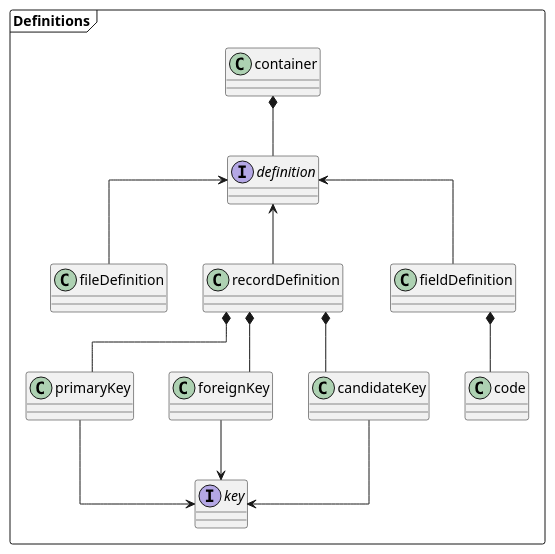
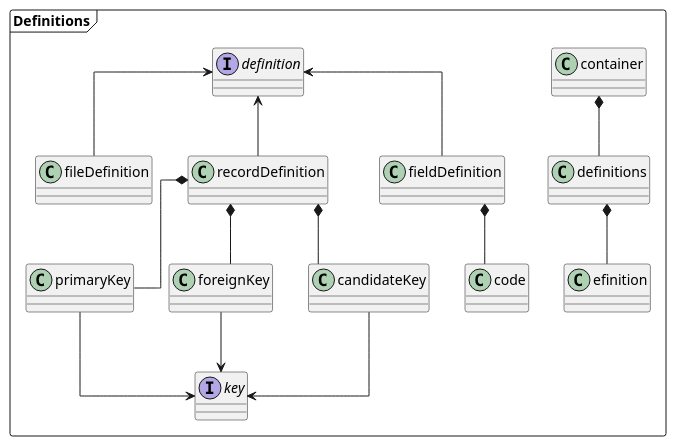
One commit to joergen-vs/73027c42-c2cd-4c62-b1f4-2532c0eb8dab changed the diagram in usage/aspirations/umls/uml-definition.puml. Above: the diagram before and after it, drawn with PlantUML. The commit also changed 3 other files, not shown here.

```diff
--- a/usage/aspirations/umls/uml-definition.puml
+++ b/usage/aspirations/umls/uml-definition.puml
@@ -1,25 +1,27 @@
 @startuml
 skinparam linetype polyline
 skinparam linetype ortho
 
 package "Definitions" <<Frame>> {
-container *-- definition
+container *-- definitions
+
+definitions *--definition
 
 interface definition
 interface key
 
 definition <-- fileDefinition
 definition <-- recordDefinition
 definition <-- fieldDefinition
 
 recordDefinition *-- primaryKey
 recordDefinition *-- foreignKey
 recordDefinition *-- candidateKey
 primaryKey --> key
 foreignKey --> key
 candidateKey --> key
 
 fieldDefinition *-- code
 }
 
 @enduml
```
